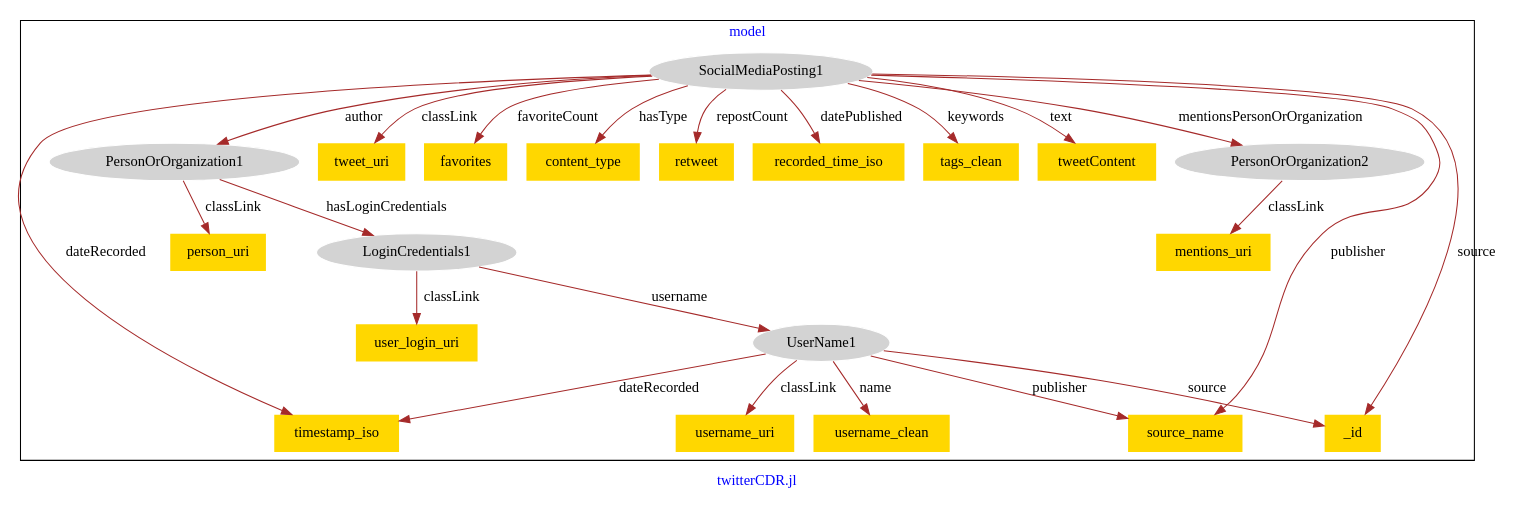
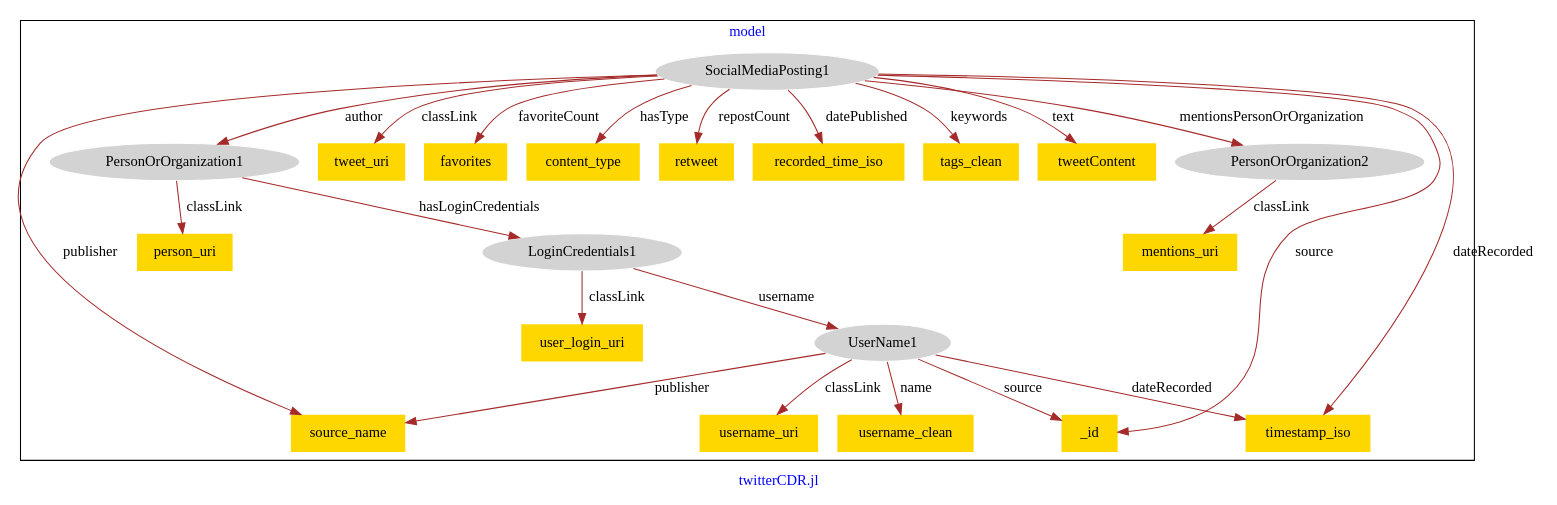
Before and after one commit to usc-isi-i2/effect-alignment: the diagram in models/asu-twitter/twitter-model.dot, drawn with Graphviz.

Commit message:
Update file twitter-model.dot

```diff
--- a/models/asu-twitter/twitter-model.dot
+++ b/models/asu-twitter/twitter-model.dot
@@ -1,50 +1,50 @@
 digraph n0 {
 fontcolor="blue"
 remincross="true"
 label="twitterCDR.jl"
 subgraph cluster {
 label="model"
 n2[style="filled",color="white",fillcolor="lightgray",label="LoginCredentials1"];
 n3[shape="plaintext",style="filled",fillcolor="gold",label="user_login_uri"];
 n4[style="filled",color="white",fillcolor="lightgray",label="UserName1"];
 n5[style="filled",color="white",fillcolor="lightgray",label="PersonOrOrganization1"];
 n6[shape="plaintext",style="filled",fillcolor="gold",label="person_uri"];
 n7[style="filled",color="white",fillcolor="lightgray",label="PersonOrOrganization2"];
 n8[shape="plaintext",style="filled",fillcolor="gold",label="mentions_uri"];
 n9[shape="plaintext",style="filled",fillcolor="gold",label="username_uri"];
 n10[shape="plaintext",style="filled",fillcolor="gold",label="username_clean"];
 n11[style="filled",color="white",fillcolor="lightgray",label="SocialMediaPosting1"];
 n12[shape="plaintext",style="filled",fillcolor="gold",label="tweet_uri"];
 n13[shape="plaintext",style="filled",fillcolor="gold",label="favorites"];
 n14[shape="plaintext",style="filled",fillcolor="gold",label="content_type"];
 n15[shape="plaintext",style="filled",fillcolor="gold",label="retweet"];
 n16[shape="plaintext",style="filled",fillcolor="gold",label="recorded_time_iso"];
 n17[shape="plaintext",style="filled",fillcolor="gold",label="tags_clean"];
 n18[shape="plaintext",style="filled",fillcolor="gold",label="tweetContent"];
-n19[shape="plaintext",style="filled",fillcolor="gold",label="_id"];
-n20[shape="plaintext",style="filled",fillcolor="gold",label="timestamp_iso"];
-n21[shape="plaintext",style="filled",fillcolor="gold",label="source_name"];
+n19[shape="plaintext",style="filled",fillcolor="gold",label="timestamp_iso"];
+n20[shape="plaintext",style="filled",fillcolor="gold",label="source_name"];
+n21[shape="plaintext",style="filled",fillcolor="gold",label="_id"];
 }
 n2 -> n3[color="brown",fontcolor="black",label="classLink"]
 n2 -> n4[color="brown",fontcolor="black",label="username"]
 n5 -> n6[color="brown",fontcolor="black",label="classLink"]
 n5 -> n2[color="brown",fontcolor="black",label="hasLoginCredentials"]
 n7 -> n8[color="brown",fontcolor="black",label="classLink"]
 n4 -> n9[color="brown",fontcolor="black",label="classLink"]
 n4 -> n10[color="brown",fontcolor="black",label="name"]
 n11 -> n12[color="brown",fontcolor="black",label="classLink"]
 n11 -> n13[color="brown",fontcolor="black",label="favoriteCount"]
 n11 -> n14[color="brown",fontcolor="black",label="hasType"]
 n11 -> n15[color="brown",fontcolor="black",label="repostCount"]
 n11 -> n5[color="brown",fontcolor="black",label="author"]
 n11 -> n16[color="brown",fontcolor="black",label="datePublished"]
 n11 -> n17[color="brown",fontcolor="black",label="keywords"]
 n11 -> n18[color="brown",fontcolor="black",label="text"]
-n11 -> n19[color="brown",fontcolor="black",label="source"]
-n4 -> n20[color="brown",fontcolor="black",label="dateRecorded"]
-n11 -> n20[color="brown",fontcolor="black",label="dateRecorded"]
-n4 -> n21[color="brown",fontcolor="black",label="publisher"]
+n11 -> n19[color="brown",fontcolor="black",label="dateRecorded"]
+n4 -> n20[color="brown",fontcolor="black",label="publisher"]
+n4 -> n21[color="brown",fontcolor="black",label="source"]
+n11 -> n20[color="brown",fontcolor="black",label="publisher"]
 n11 -> n7[color="brown",fontcolor="black",label="mentionsPersonOrOrganization"]
-n11 -> n21[color="brown",fontcolor="black",label="publisher"]
-n4 -> n19[color="brown",fontcolor="black",label="source"]
+n4 -> n19[color="brown",fontcolor="black",label="dateRecorded"]
+n11 -> n21[color="brown",fontcolor="black",label="source"]
 }
```
